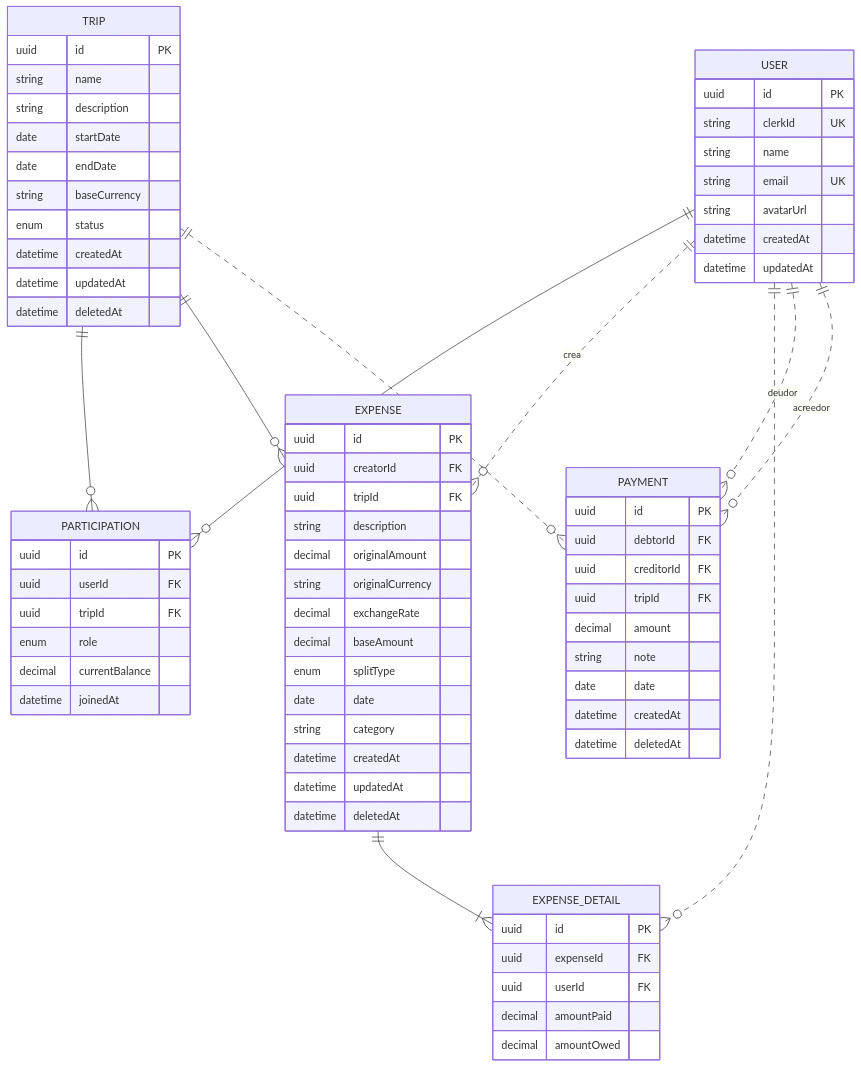
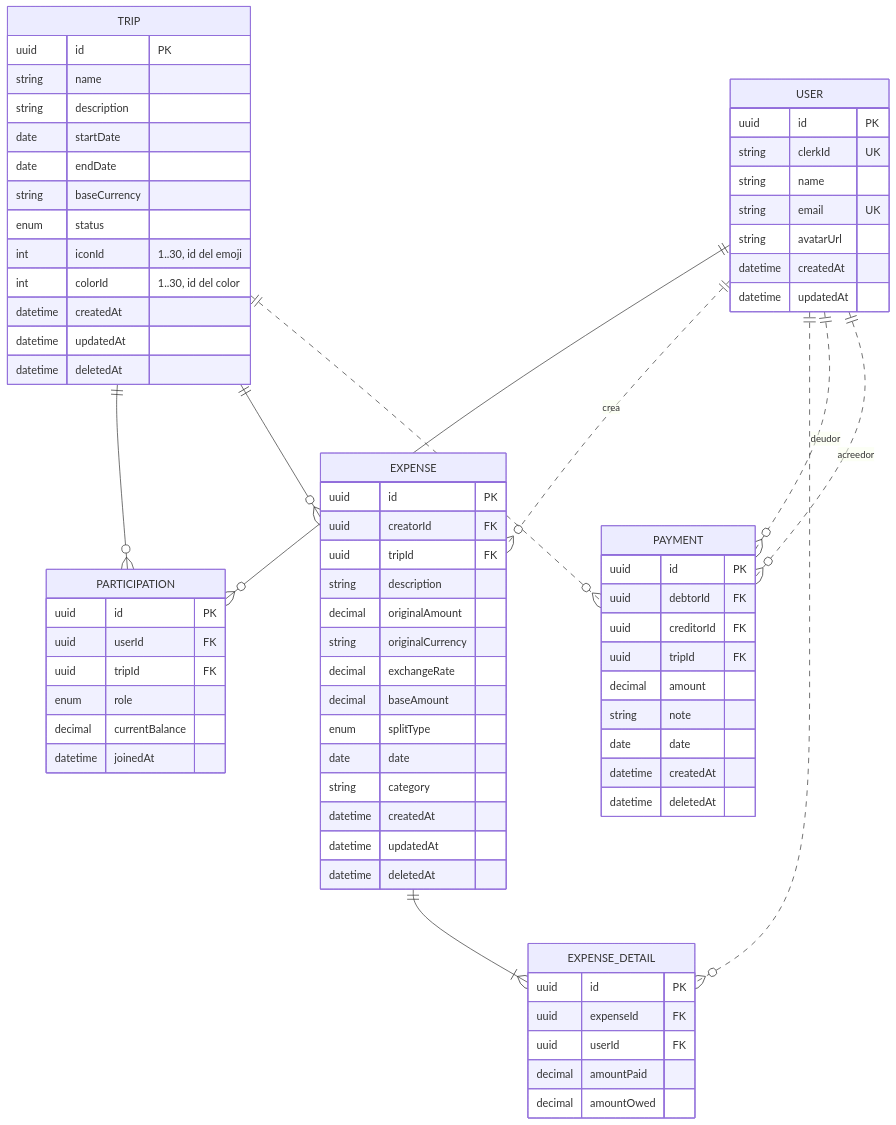
The diagram in documentacion/03-modelo de datos detallado.md (Enry6tz/Cuentas-Claras-backend), drawn with Mermaid before and after one commit. The commit also changed other lines of this file and 30 other files, not shown here.

```diff
--- a/documentacion/03-modelo de datos detallado.md
+++ b/documentacion/03-modelo de datos detallado.md
@@ -32,6 +32,8 @@
         date endDate
         string baseCurrency
         enum status
+        int iconId "1..30, id del emoji"
+        int colorId "1..30, id del color"
         datetime createdAt
         datetime updatedAt
         datetime deletedAt
```
